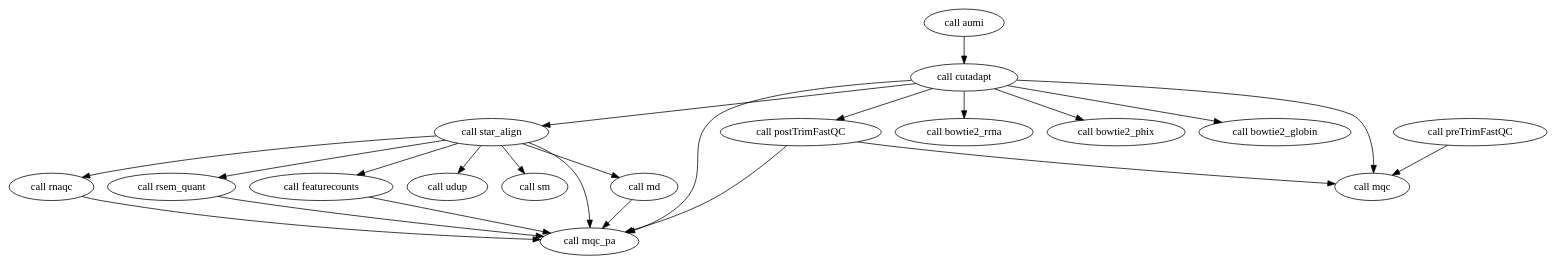
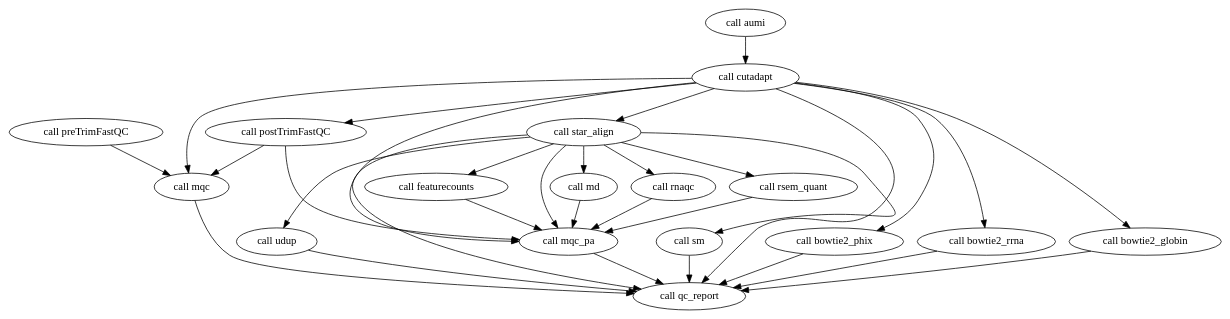
The diagram in rnaseq_pipeline.dot (MoTrPAC/motrpac-rna-seq-pipeline), drawn with Graphviz before and after one commit. The commit also changed 4 other files, not shown here.

```diff
--- a/rnaseq_pipeline.dot
+++ b/rnaseq_pipeline.dot
@@ -1,41 +1,51 @@
 digraph rnaseq_pipeline {
   compound=true;
   "call postTrimFastQC" -> "call mqc" 
   "call star_align" -> "call rsem_quant" 
+  "call mqc" -> "call qc_report" 
+  "call bowtie2_phix" -> "call qc_report" 
+  "call cutadapt" -> "call qc_report" 
   "call cutadapt" -> "call mqc" 
   "call preTrimFastQC" -> "call mqc" 
   "call star_align" -> "call featurecounts" 
   "call cutadapt" -> "call postTrimFastQC" 
+  "call sm" -> "call qc_report" 
   "call aumi" -> "call cutadapt" 
   "call postTrimFastQC" -> "call mqc_pa" 
   "call star_align" -> "call mqc_pa" 
   "call cutadapt" -> "call bowtie2_rrna" 
   "call star_align" -> "call md" 
   "call cutadapt" -> "call star_align" 
+  "call udup" -> "call qc_report" 
+  "call mqc_pa" -> "call qc_report" 
   "call cutadapt" -> "call bowtie2_phix" 
   "call rsem_quant" -> "call mqc_pa" 
+  "call star_align" -> "call qc_report" 
   "call star_align" -> "call udup" 
+  "call bowtie2_globin" -> "call qc_report" 
   "call cutadapt" -> "call mqc_pa" 
   "call star_align" -> "call rnaqc" 
   "call featurecounts" -> "call mqc_pa" 
   "call star_align" -> "call sm" 
   "call rnaqc" -> "call mqc_pa" 
   "call md" -> "call mqc_pa" 
+  "call bowtie2_rrna" -> "call qc_report" 
   "call cutadapt" -> "call bowtie2_globin" 
   "call aumi"
   "call featurecounts"
   "call star_align"
   "call bowtie2_globin"
   "call mqc"
   "call sm"
   "call mqc_pa"
   "call bowtie2_rrna"
   "call rnaqc"
   "call cutadapt"
+  "call qc_report"
   "call rsem_quant"
   "call preTrimFastQC"
   "call udup"
   "call md"
   "call bowtie2_phix"
   "call postTrimFastQC"
 }
```
